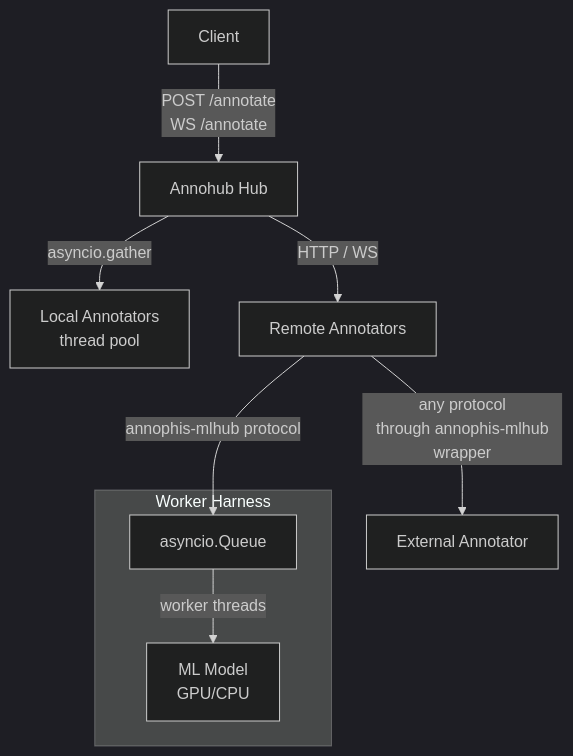
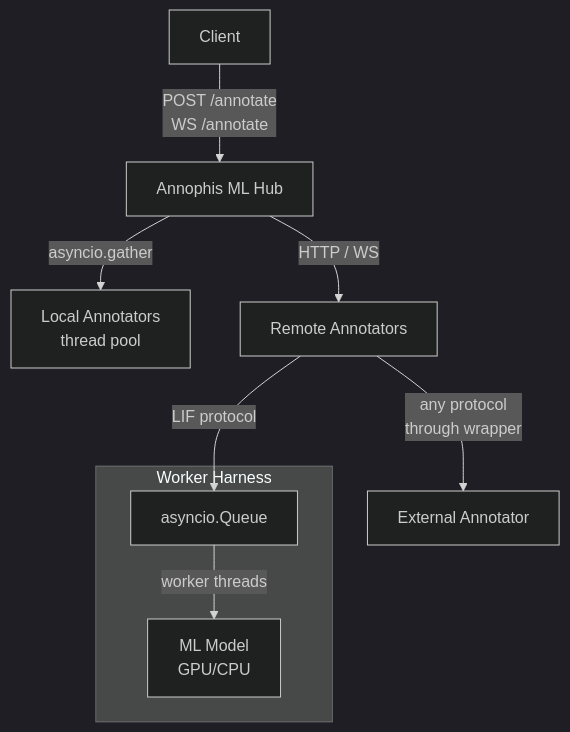
Before and after one commit to GhentCDH/annophis-mlhub: the diagram in README.md, drawn with Mermaid (dark theme). The commit also changed other lines of this file, not shown here.

````diff
--- a/README.md
+++ b/README.md
@@ -9,14 +9,14 @@
 ```mermaid
 graph TD
-    Client -->|POST /annotate\nWS /annotate| Hub[Annohub Hub]
+    Client -->|POST /annotate\nWS /annotate| Hub[Annophis ML Hub]
 
     Hub -->|asyncio.gather| Local[Local Annotators\nthread pool]
     Hub -->|HTTP / WS| Remote[Remote Annotators]
-    Remote -->|annophis-mlhub protocol| Queue[asyncio.Queue]
+    Remote -->|LIF protocol| Queue[asyncio.Queue]
 
     subgraph Worker Harness
         Queue -->|worker threads| Model[ML Model\nGPU/CPU]
     end
 
-    Remote -->|any protocol\n through annophis-mlhub wrapper| External[External Annotator]
+    Remote -->|any protocol\n through wrapper| External[External Annotator]
 ```
````
